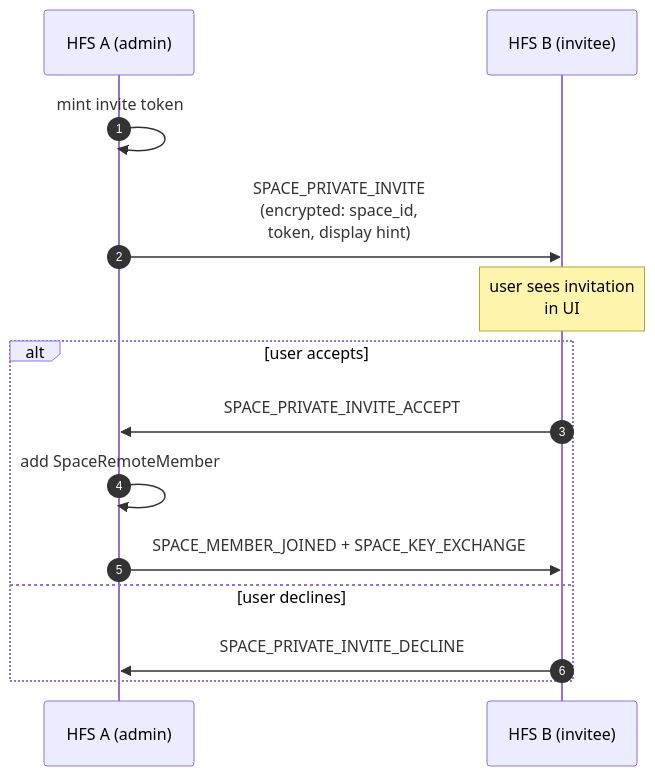
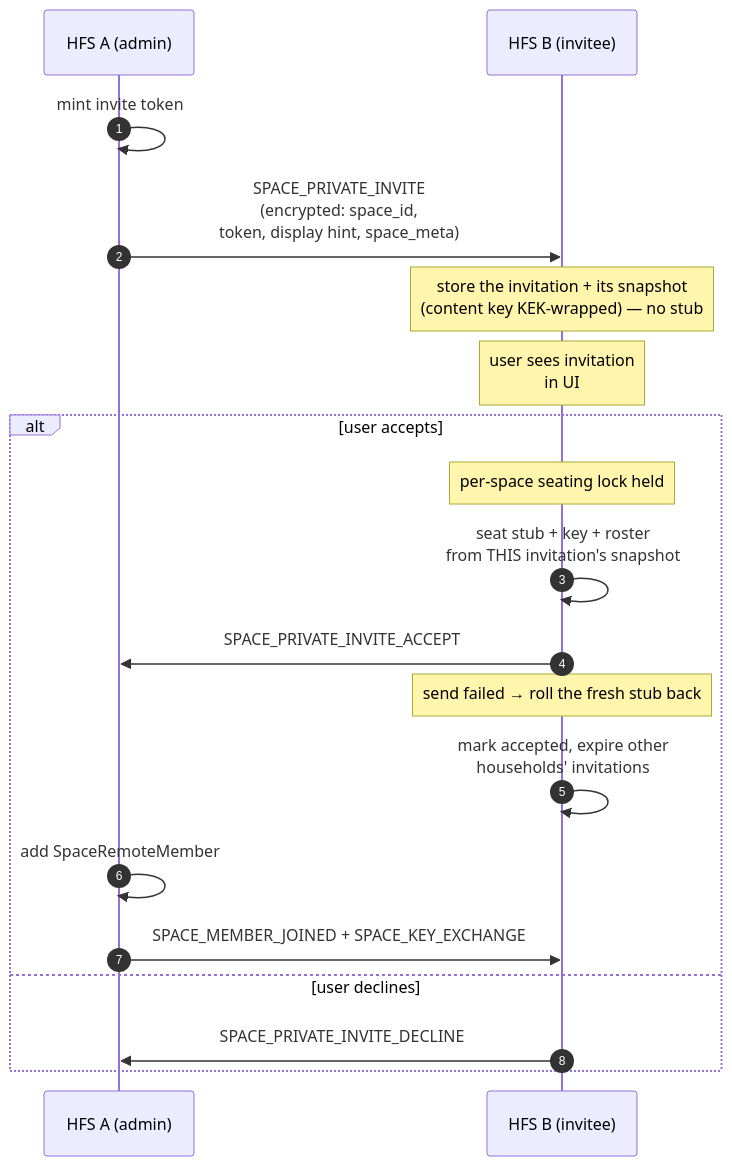
One commit to social-home-io/socialhome changed the sixth of 7 diagrams in docs/protocol/invites.md. Above: the diagram before and after it, drawn with Mermaid. The commit also changed other lines of this file and 65 other files, not shown here.

First line of the commit message:
Spaces carry the owner's signed GFS list, and an invitation sets nothing up until it is accepted (#872)

````diff
--- a/docs/protocol/invites.md
+++ b/docs/protocol/invites.md
@@ -1347,16 +1347,21 @@
 ```mermaid
 sequenceDiagram
     autonumber
     participant A as HFS A (admin)
     participant B as HFS B (invitee)
     A->>A: mint invite token
-    A->>B: SPACE_PRIVATE_INVITE<br/>(encrypted: space_id,<br/>token, display hint)
+    A->>B: SPACE_PRIVATE_INVITE<br/>(encrypted: space_id,<br/>token, display hint, space_meta)
+    Note over B: store the invitation + its snapshot<br/>(content key KEK-wrapped) — no stub
     Note over B: user sees invitation<br/>in UI
     alt user accepts
+        Note over B: per-space seating lock held
+        B->>B: seat stub + key + roster<br/>from THIS invitation's snapshot
         B->>A: SPACE_PRIVATE_INVITE_ACCEPT
+        Note over B: send failed → roll the fresh stub back
+        B->>B: mark accepted, expire other<br/>households' invitations
         A->>A: add SpaceRemoteMember
         A->>B: SPACE_MEMBER_JOINED + SPACE_KEY_EXCHANGE
     else user declines
         B->>A: SPACE_PRIVATE_INVITE_DECLINE
     end
 ```
````
